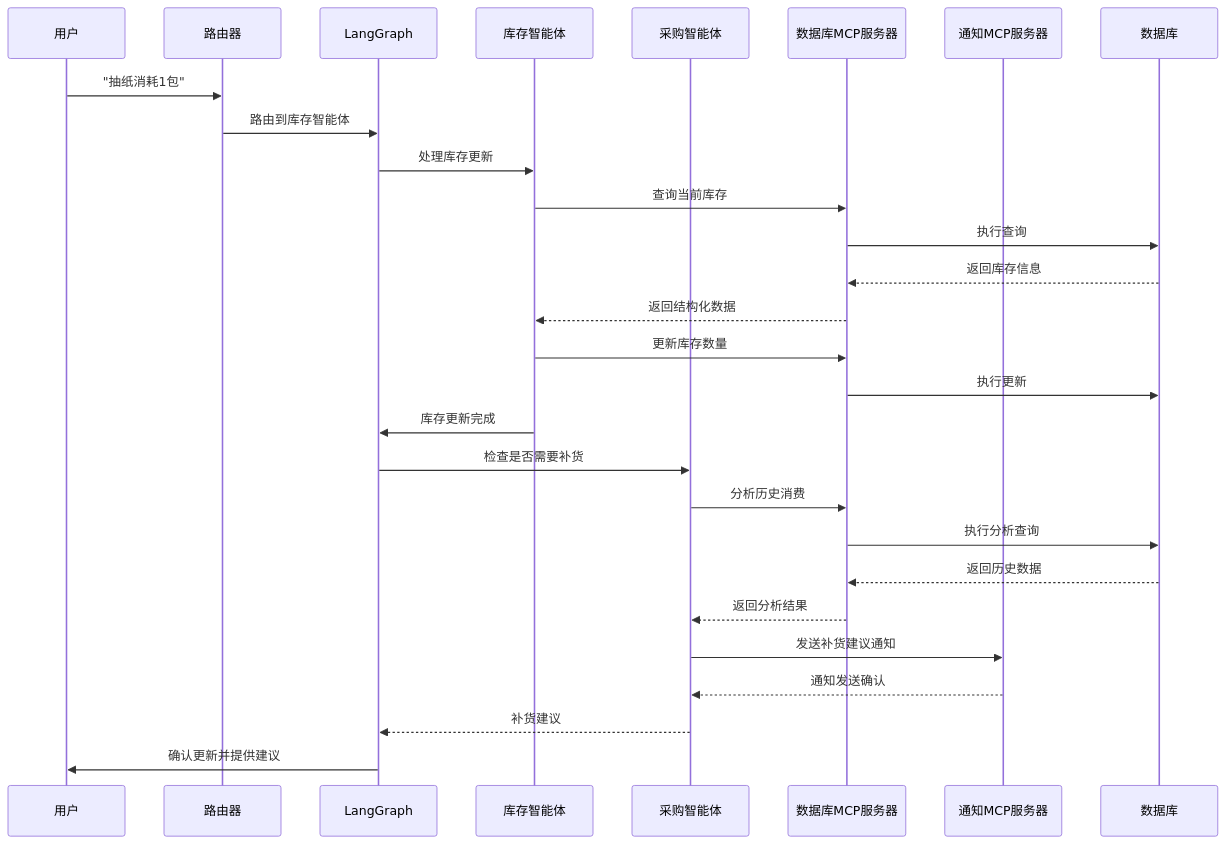
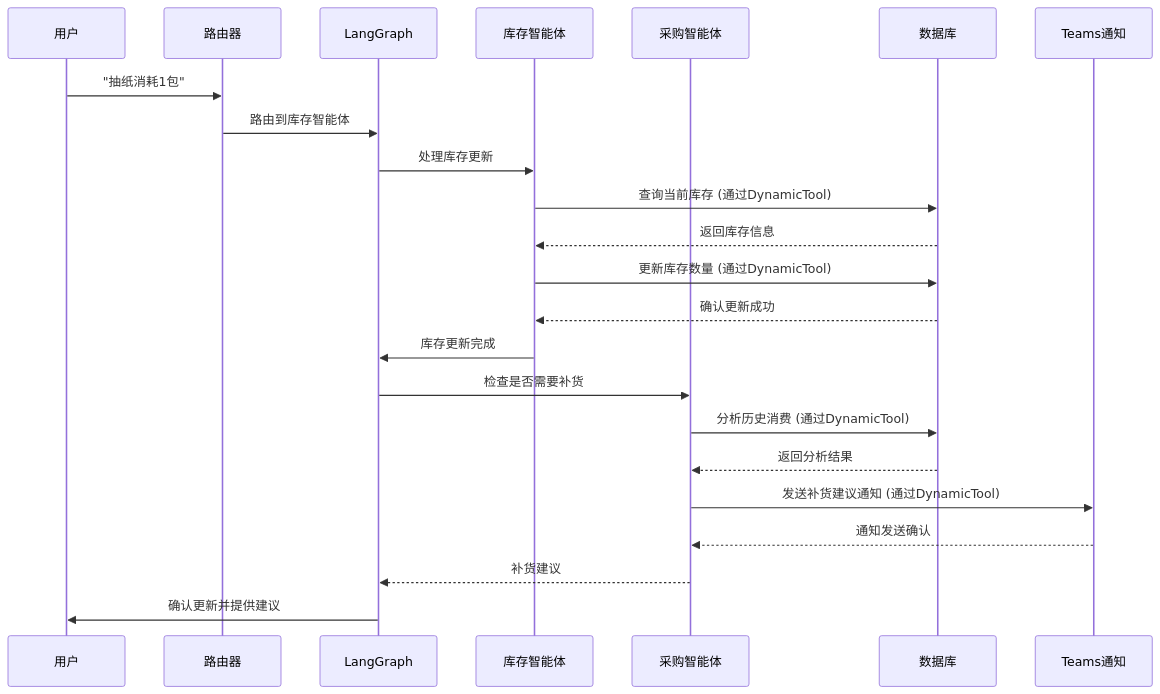
The second of 2 diagrams in .kiro/specs/shopping-assistant-agents/design.md (ZhangYuri/shopping-assistant), drawn with Mermaid before and after one commit. The commit also changed other lines of this file and 32 other files, not shown here.

````diff
--- a/.kiro/specs/shopping-assistant-agents/design.md
+++ b/.kiro/specs/shopping-assistant-agents/design.md
@@ -97,31 +78,26 @@
 ```mermaid
 sequenceDiagram
     participant U as 用户
     participant R as 路由器
     participant LG as LangGraph
     participant IA as 库存智能体
     participant PA as 采购智能体
-    participant MCP_DB as 数据库MCP服务器
-    participant MCP_NOTIFY as 通知MCP服务器
     participant DB as 数据库
+    participant Teams as Teams通知
 
     U->>R: "抽纸消耗1包"
     R->>LG: 路由到库存智能体
     LG->>IA: 处理库存更新
-    IA->>MCP_DB: 查询当前库存
-    MCP_DB->>DB: 执行查询
-    DB-->>MCP_DB: 返回库存信息
-    MCP_DB-->>IA: 返回结构化数据
-    IA->>MCP_DB: 更新库存数量
-    MCP_DB->>DB: 执行更新
+    IA->>DB: 查询当前库存 (通过DynamicTool)
+    DB-->>IA: 返回库存信息
+    IA->>DB: 更新库存数量 (通过DynamicTool)
+    DB-->>IA: 确认更新成功
     IA->>LG: 库存更新完成
     LG->>PA: 检查是否需要补货
-    PA->>MCP_DB: 分析历史消费
-    MCP_DB->>DB: 执行分析查询
-    DB-->>MCP_DB: 返回历史数据
-    MCP_DB-->>PA: 返回分析结果
-    PA->>MCP_NOTIFY: 发送补货建议通知
-    MCP_NOTIFY-->>PA: 通知发送确认
+    PA->>DB: 分析历史消费 (通过DynamicTool)
+    DB-->>PA: 返回分析结果
+    PA->>Teams: 发送补货建议通知 (通过DynamicTool)
+    Teams-->>PA: 通知发送确认
     PA-->>LG: 补货建议
     LG->>U: 确认更新并提供建议
 ```
````
